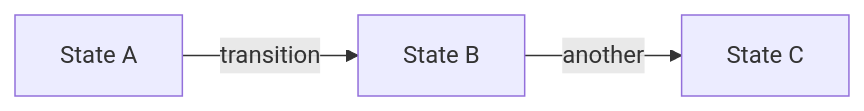
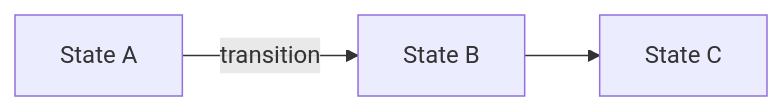
One commit to ggallovalle/typspec changed the diagram in crates/cli/templates/explore.md. Above: the diagram before and after it, drawn with Mermaid. The commit also changed other lines of this file and 3 other files, not shown here.

````diff
--- a/crates/cli/templates/explore.md
+++ b/crates/cli/templates/explore.md
@@ -66,5 +61,5 @@
 ```mermaid
 flowchart LR
     A[State A] -->|transition| B[State B]
-    B -->|another| C[State C]
+    B --> C[State C]
 ```
````
